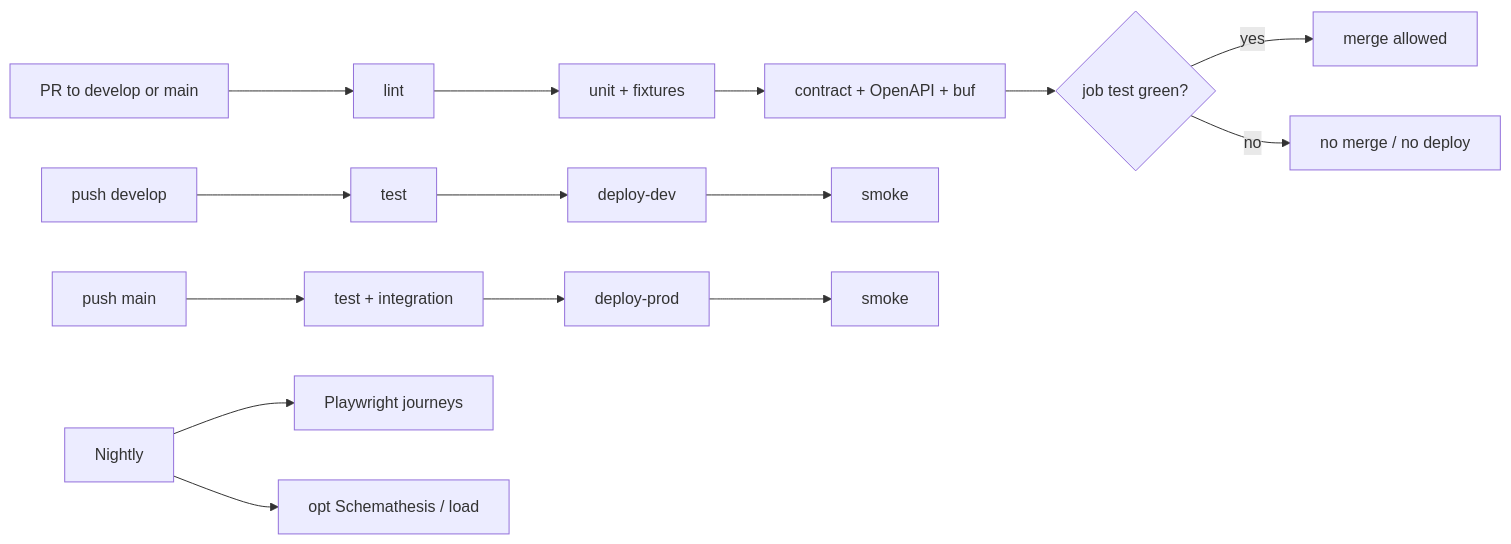
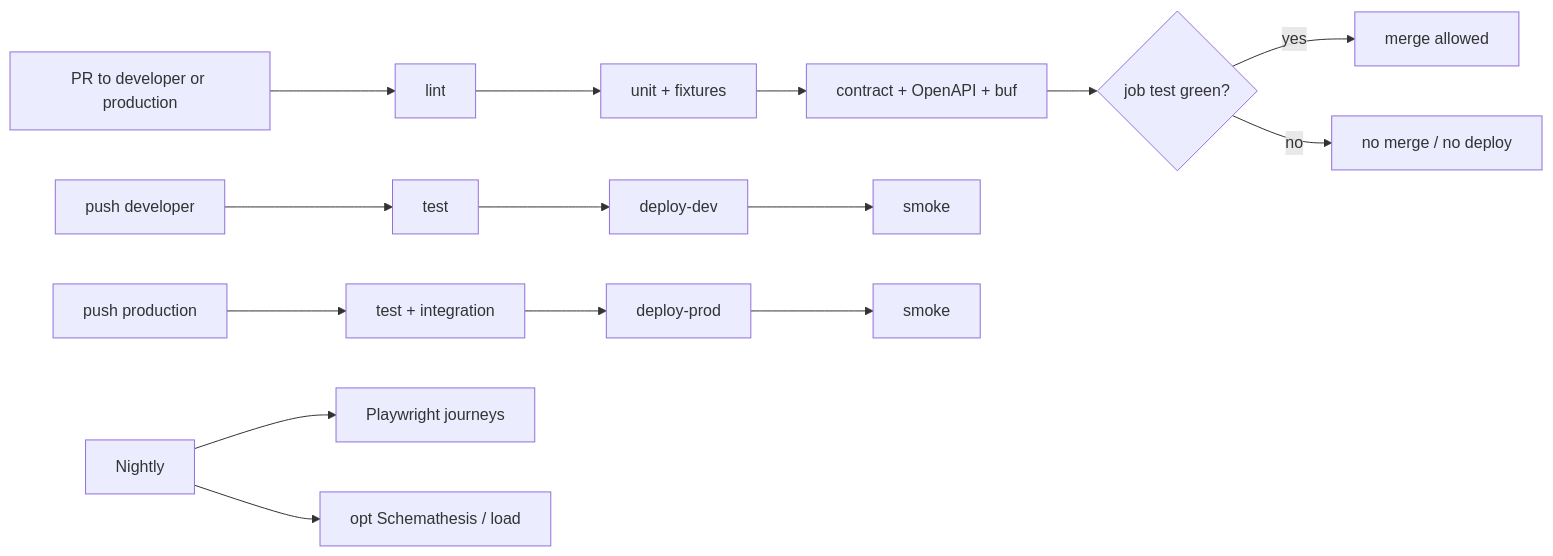
One commit to Chuchoss/it-labor-pulse changed the second of 2 diagrams in docs/architecture/13-testing.md. Above: the diagram before and after it, drawn with Mermaid. The commit also changed other lines of this file and 13 other files, not shown here.

First line of the commit message:
ci: adopt developer/production branches with mandatory test gate

````diff
--- a/docs/architecture/13-testing.md
+++ b/docs/architecture/13-testing.md
@@ -380,17 +380,17 @@
 ```mermaid
 flowchart LR
-  PR[PR to develop or main] --> L[lint]
+  PR[PR to developer or production] --> L[lint]
   L --> U[unit + fixtures]
   U --> C[contract + OpenAPI + buf]
   C --> OK{job test green?}
   OK -->|yes| Merge[merge allowed]
   OK -->|no| Block[no merge / no deploy]
-  PushDev[push develop] --> T1[test]
+  PushDev[push developer] --> T1[test]
   T1 --> Dev[deploy-dev]
   Dev --> S1[smoke]
-  PushMain[push main] --> T2[test + integration]
+  PushProd[push production] --> T2[test + integration]
   T2 --> Prod[deploy-prod]
   Prod --> S2[smoke]
   N[Nightly] --> E2E[Playwright journeys]
   N --> OPT[opt Schemathesis / load]
 ```
````
